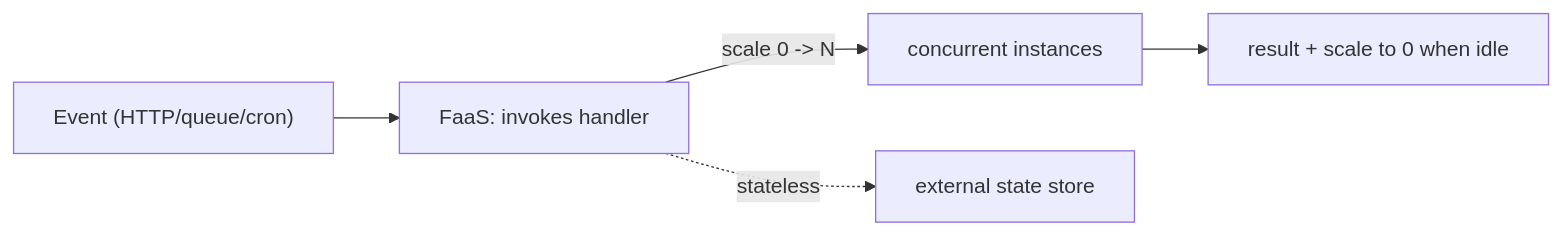
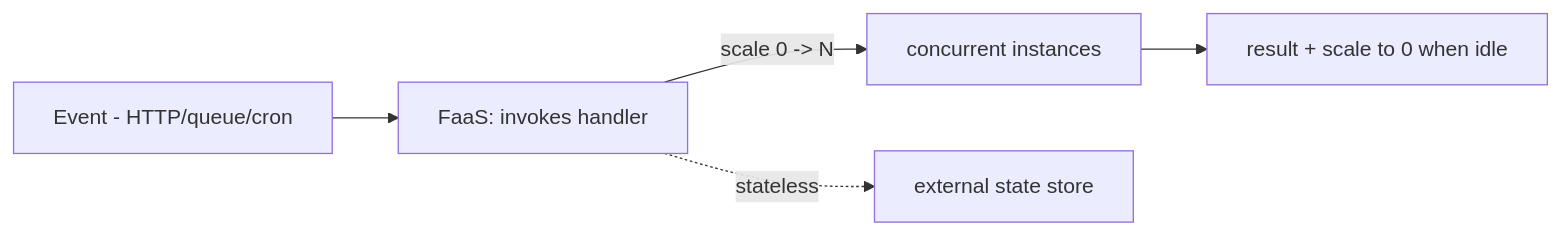
The diagram in docs/09-cloud-platform/03-serverless-faas.md (RIT-MESH/system-design-mastery), drawn with Mermaid before and after one commit. The commit also changed 139 other files, not shown here.

First line of the commit message:
Fix Mermaid parse errors: replace parentheses in node labels across 140 files

````diff
--- a/docs/09-cloud-platform/03-serverless-faas.md
+++ b/docs/09-cloud-platform/03-serverless-faas.md
@@ -17,8 +17,8 @@
 ```mermaid
 %% created-for: system-design-mastery
 flowchart LR
-  E["Event (HTTP/queue/cron)"] --> Fx["FaaS: invokes handler"]
+  E["Event - HTTP/queue/cron"] --> Fx["FaaS: invokes handler"]
   Fx -->|"scale 0 -> N"| Instances["concurrent instances"]
   Instances --> Result["result + scale to 0 when idle"]
   Fx -.stateless.-> Store["external state store"]
 ```
````
